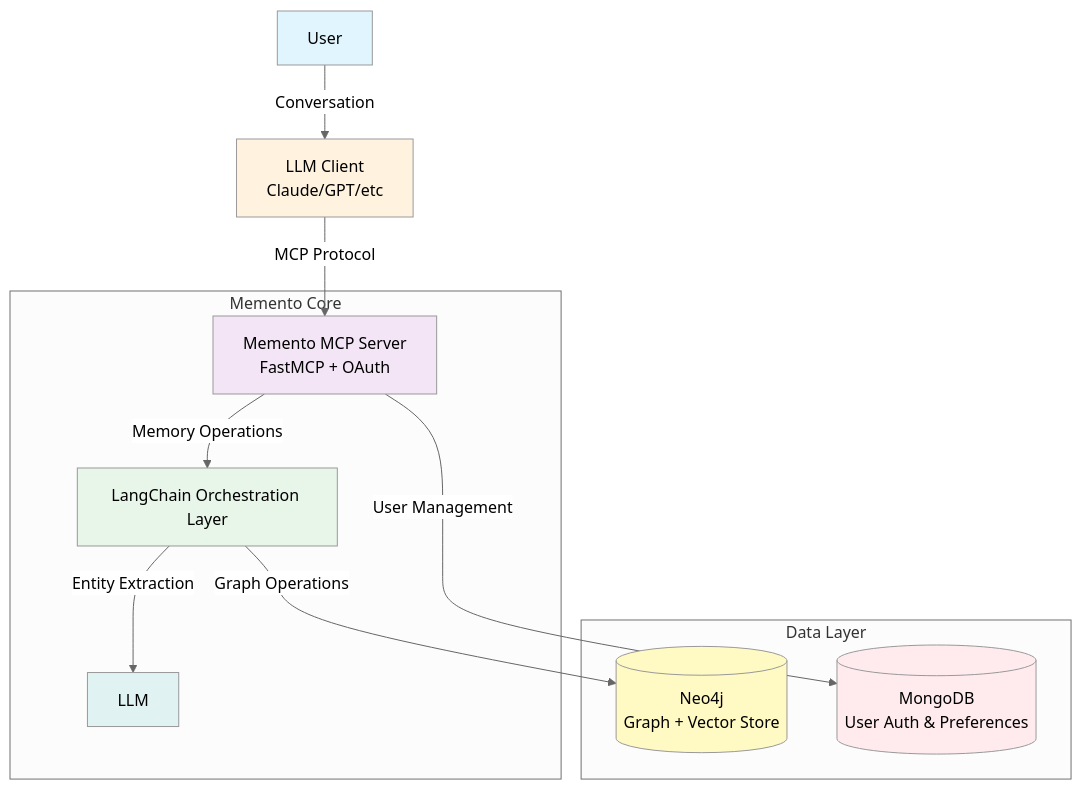
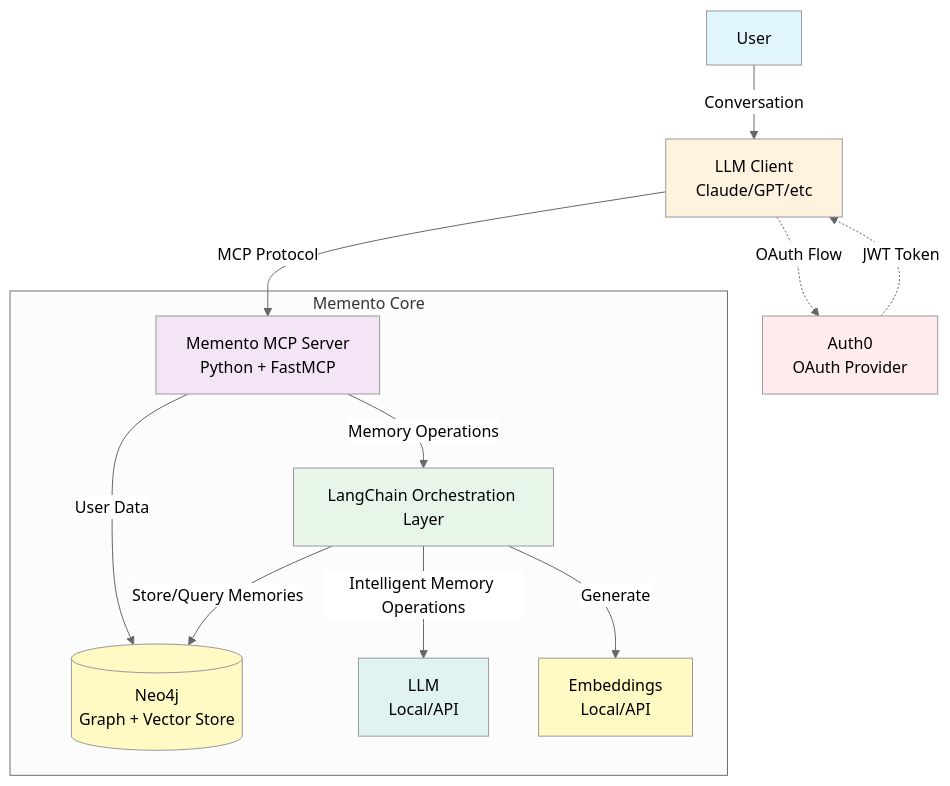
One commit to rigrergl/memento changed the diagram in README.md. Above: the diagram before and after it, drawn with Mermaid (neutral theme). The commit also changed other lines of this file and 1 other file, not shown here.

Commit message:
ADR 4: Remove mongodb

````diff
--- a/README.md
+++ b/README.md
@@ -11,31 +11,33 @@
 ```mermaid
 graph TB
     User[User] -->|Conversation| Client[LLM Client<br/>Claude/GPT/etc]
-    Client -->|MCP Protocol| MCP[Memento MCP Server<br/>FastMCP + OAuth]
+    Client -->|MCP Protocol| MCP[Memento MCP Server<br/>Python + FastMCP]
+    Client -.->|OAuth Flow| Auth0[Auth0<br/>OAuth Provider]
+    Auth0 -.->|JWT Token| Client
     
     MCP -->|Memory Operations| LC[LangChain Orchestration Layer]
+    MCP -->|User Data| Neo4j[(Neo4j<br/>Graph + Vector Store)]
     
-    LC -->|Graph Operations| Neo4j[(Neo4j<br/>Graph + Vector Store)]
-    LC -->|Entity Extraction| LLM[LLM]
-    
-    MCP -->|User Management| MongoDB[(MongoDB<br/>User Auth & Preferences)]
+    LC -->|Store/Query Memories| Neo4j
+    LC -->|Intelligent Memory Operations| LLM[LLM<br/>Local/API]
+    LC -->|Generate| Embedder[Embeddings<br/>Local/API]
     
     subgraph "Memento Core"
         MCP
         LC
         LLM
+        Embedder
+        Neo4j
     end
     
-    subgraph "Data Layer"
-        Neo4j
-        MongoDB
-    end
+    Auth0
     
     style User fill:#e1f5fe
     style Client fill:#fff3e0
     style MCP fill:#f3e5f5
     style LC fill:#e8f5e9
     style Neo4j fill:#fff9c4
-    style MongoDB fill:#ffebee
+    style Auth0 fill:#ffebee
     style LLM fill:#e0f2f1
+    style Embedder fill:#fff9c4
 ```
````
